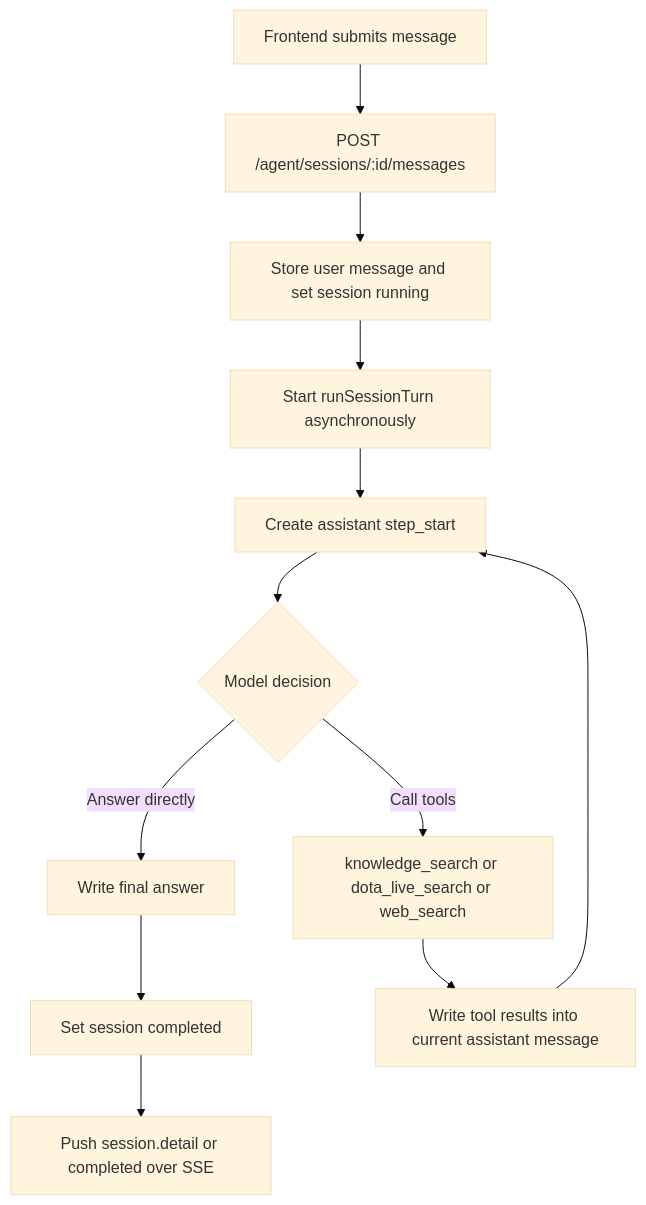
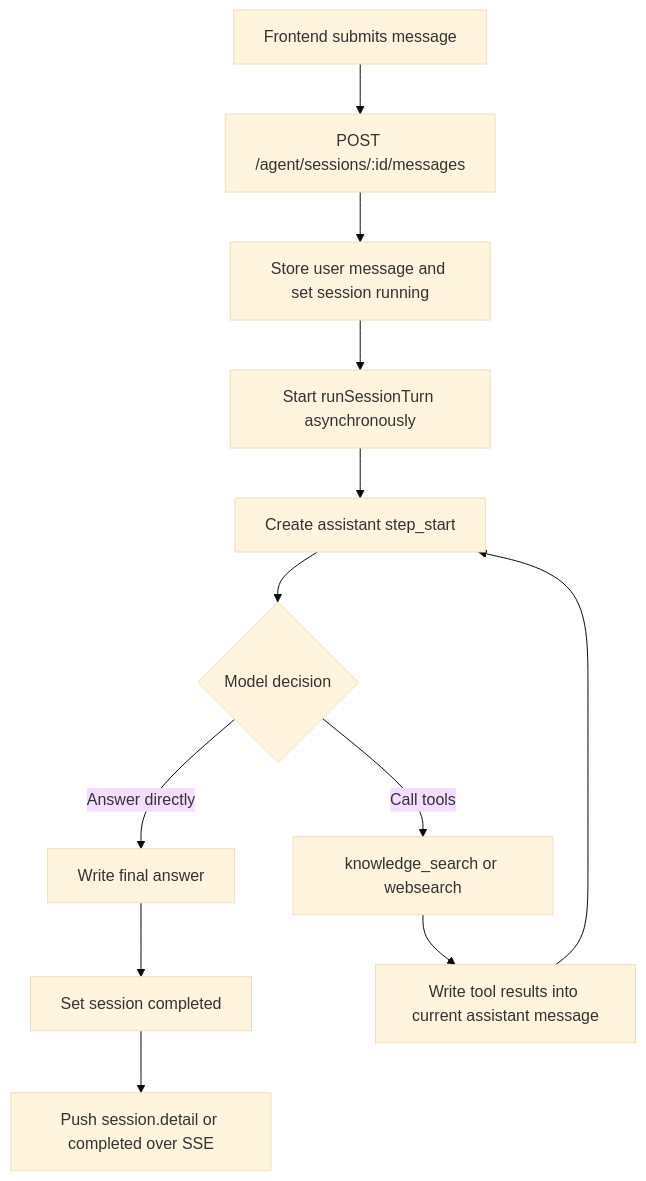
The second of 2 diagrams in docs/agent-runtime-sequence.md (Olijve-CV/DotaGame), drawn with Mermaid (base theme) before and after one commit. The commit also changed other lines of this file and 14 other files, not shown here.

````diff
--- a/docs/agent-runtime-sequence.md
+++ b/docs/agent-runtime-sequence.md
@@ -152,14 +148,14 @@
 ```mermaid
 flowchart TD
     A[Frontend submits message] --> B[POST /agent/sessions/:id/messages]
     B --> C[Store user message and set session running]
     C --> D[Start runSessionTurn asynchronously]
     D --> E[Create assistant step_start]
     E --> F{Model decision}
     F -->|Answer directly| G[Write final answer]
-    F -->|Call tools| H[knowledge_search or dota_live_search or web_search]
+    F -->|Call tools| H[knowledge_search or websearch]
     H --> I[Write tool results into current assistant message]
     I --> E
     G --> J[Set session completed]
     J --> K[Push session.detail or completed over SSE]
 ```
````
